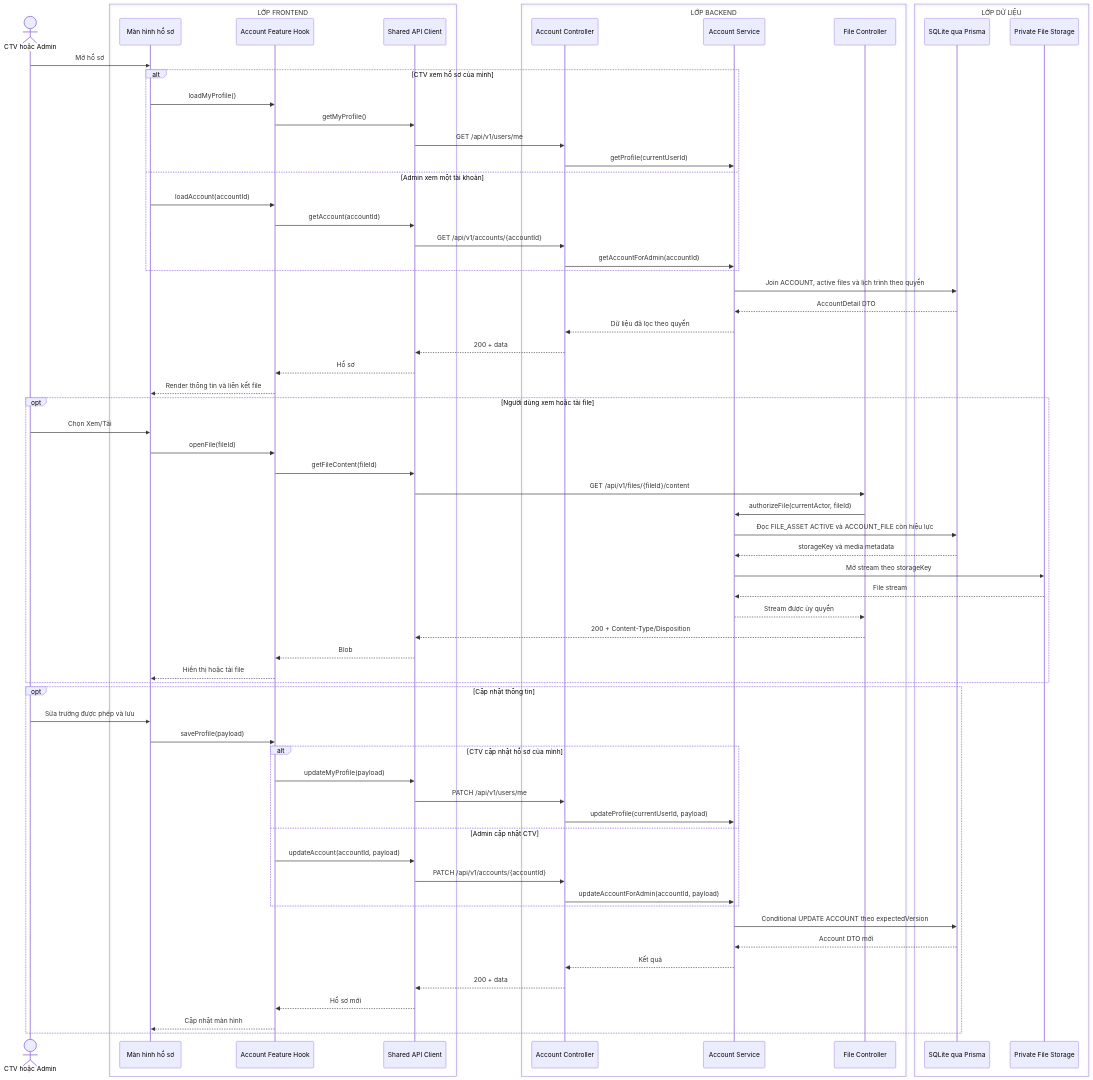
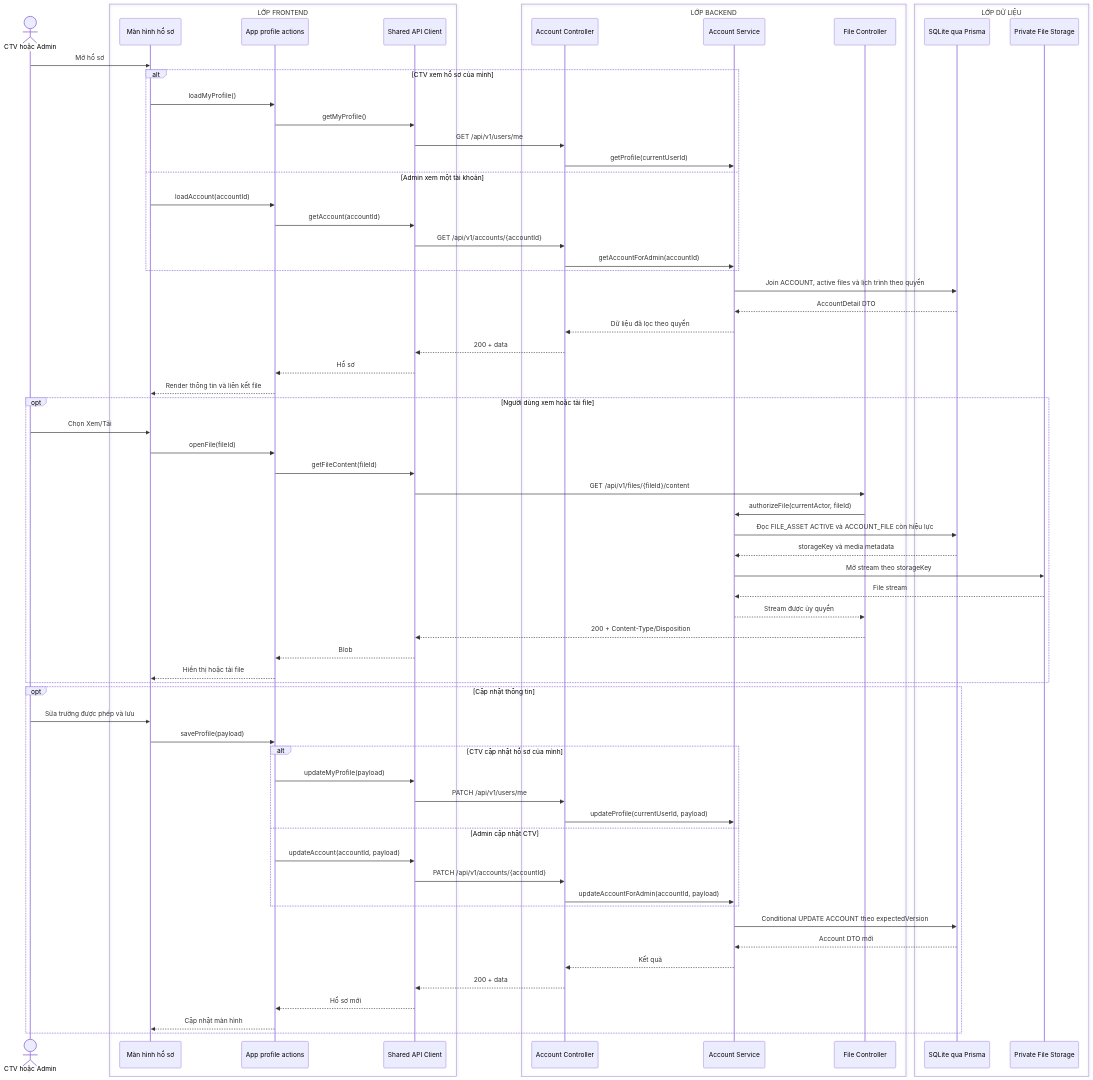
The diagram in docs/sequence-diagrams/10-xem-cap-nhat-ho-so.md (MINHDZVODICH/ctv-manage), drawn with Mermaid before and after one commit. The commit also changed 43 other files, not shown here.

````diff
--- a/docs/sequence-diagrams/10-xem-cap-nhat-ho-so.md
+++ b/docs/sequence-diagrams/10-xem-cap-nhat-ho-so.md
@@ -5,73 +5,73 @@
 ```mermaid
 sequenceDiagram
     actor U as CTV hoặc Admin
     box LỚP FRONTEND
         participant UI as Màn hình hồ sơ
-        participant H as Account Feature Hook
+        participant H as App profile actions
         participant API as Shared API Client
     end
     box LỚP BACKEND
         participant C as Account Controller
         participant S as Account Service
         participant FC as File Controller
     end
     box LỚP DỮ LIỆU
         participant DB as SQLite qua Prisma
         participant FS as Private File Storage
     end
 
     U->>UI: Mở hồ sơ
     alt CTV xem hồ sơ của mình
         UI->>H: loadMyProfile()
         H->>API: getMyProfile()
         API->>C: GET /api/v1/users/me
         C->>S: getProfile(currentUserId)
     else Admin xem một tài khoản
         UI->>H: loadAccount(accountId)
         H->>API: getAccount(accountId)
         API->>C: GET /api/v1/accounts/{accountId}
         C->>S: getAccountForAdmin(accountId)
     end
     S->>DB: Join ACCOUNT, active files và lịch trình theo quyền
     DB-->>S: AccountDetail DTO
     S-->>C: Dữ liệu đã lọc theo quyền
     C-->>API: 200 + data
     API-->>H: Hồ sơ
     H-->>UI: Render thông tin và liên kết file
 
     opt Người dùng xem hoặc tải file
         U->>UI: Chọn Xem/Tải
         UI->>H: openFile(fileId)
         H->>API: getFileContent(fileId)
         API->>FC: GET /api/v1/files/{fileId}/content
         FC->>S: authorizeFile(currentActor, fileId)
         S->>DB: Đọc FILE_ASSET ACTIVE và ACCOUNT_FILE còn hiệu lực
         DB-->>S: storageKey và media metadata
         S->>FS: Mở stream theo storageKey
         FS-->>S: File stream
         S-->>FC: Stream được ủy quyền
         FC-->>API: 200 + Content-Type/Disposition
         API-->>H: Blob
         H-->>UI: Hiển thị hoặc tải file
     end
 
     opt Cập nhật thông tin
         U->>UI: Sửa trường được phép và lưu
         UI->>H: saveProfile(payload)
         alt CTV cập nhật hồ sơ của mình
             H->>API: updateMyProfile(payload)
             API->>C: PATCH /api/v1/users/me
             C->>S: updateProfile(currentUserId, payload)
         else Admin cập nhật CTV
             H->>API: updateAccount(accountId, payload)
             API->>C: PATCH /api/v1/accounts/{accountId}
             C->>S: updateAccountForAdmin(accountId, payload)
         end
         S->>DB: Conditional UPDATE ACCOUNT theo expectedVersion
         DB-->>S: Account DTO mới
         S-->>C: Kết quả
         C-->>API: 200 + data
         API-->>H: Hồ sơ mới
         H-->>UI: Cập nhật màn hình
     end
 ```
````
